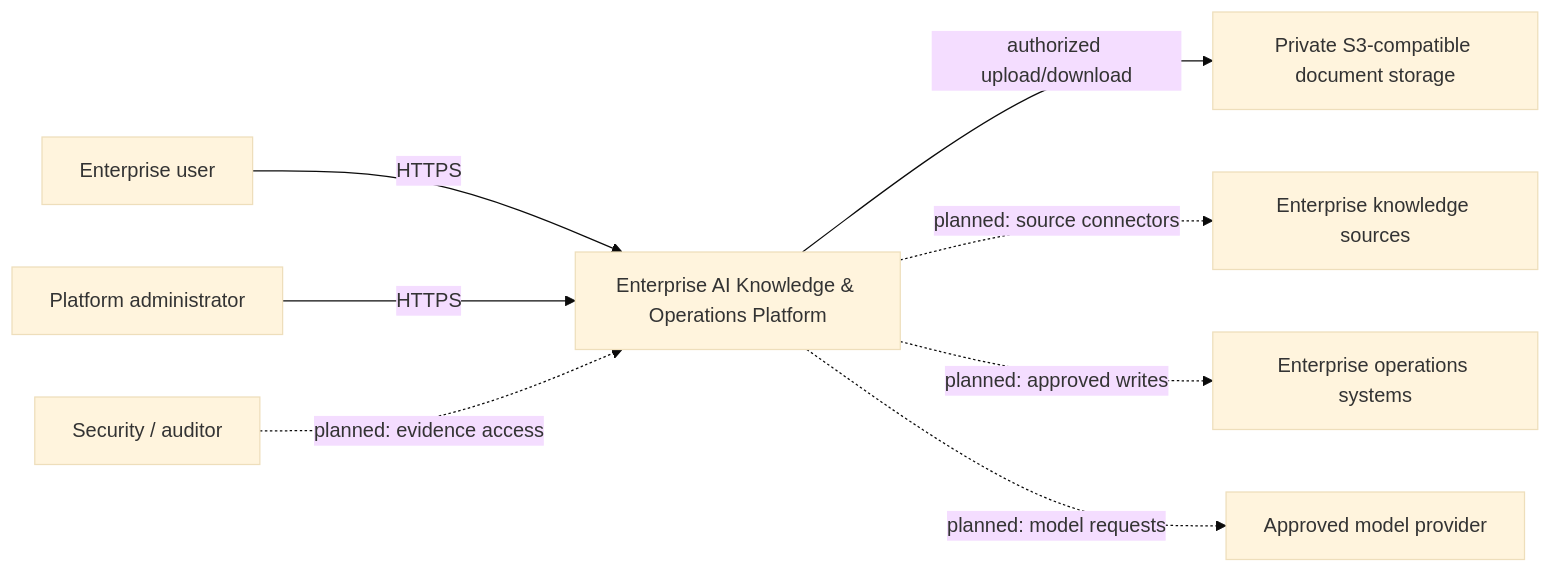
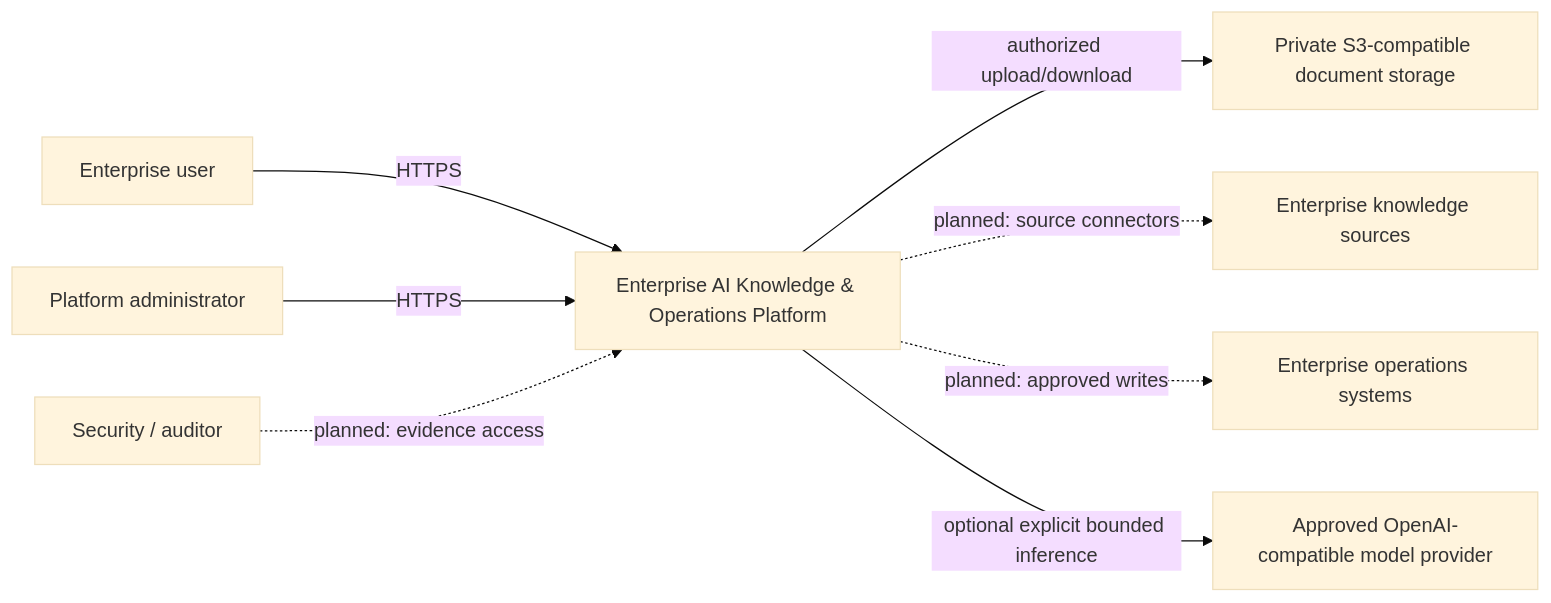
One commit to Yanziki/enterprise-ai-knowledge-ops-platform changed the first of 2 diagrams in docs/architecture/context.md. Above: the diagram before and after it, drawn with Mermaid (base theme). The commit also changed other lines of this file and 53 other files, not shown here.

````diff
--- a/docs/architecture/context.md
+++ b/docs/architecture/context.md
@@ -10,10 +10,10 @@
 ```mermaid
 flowchart LR
   User["Enterprise user"] -->|"HTTPS"| Platform["Enterprise AI Knowledge & Operations Platform"]
   Admin["Platform administrator"] -->|"HTTPS"| Platform
   Platform -->|"authorized upload/download"| Storage["Private S3-compatible document storage"]
   Platform -. "planned: source connectors" .-> Sources["Enterprise knowledge sources"]
   Platform -. "planned: approved writes" .-> Ops["Enterprise operations systems"]
-  Platform -. "planned: model requests" .-> Models["Approved model provider"]
+  Platform -->|"optional explicit bounded inference"| Models["Approved OpenAI-compatible model provider"]
   Auditor["Security / auditor"] -. "planned: evidence access" .-> Platform
 ```
````
